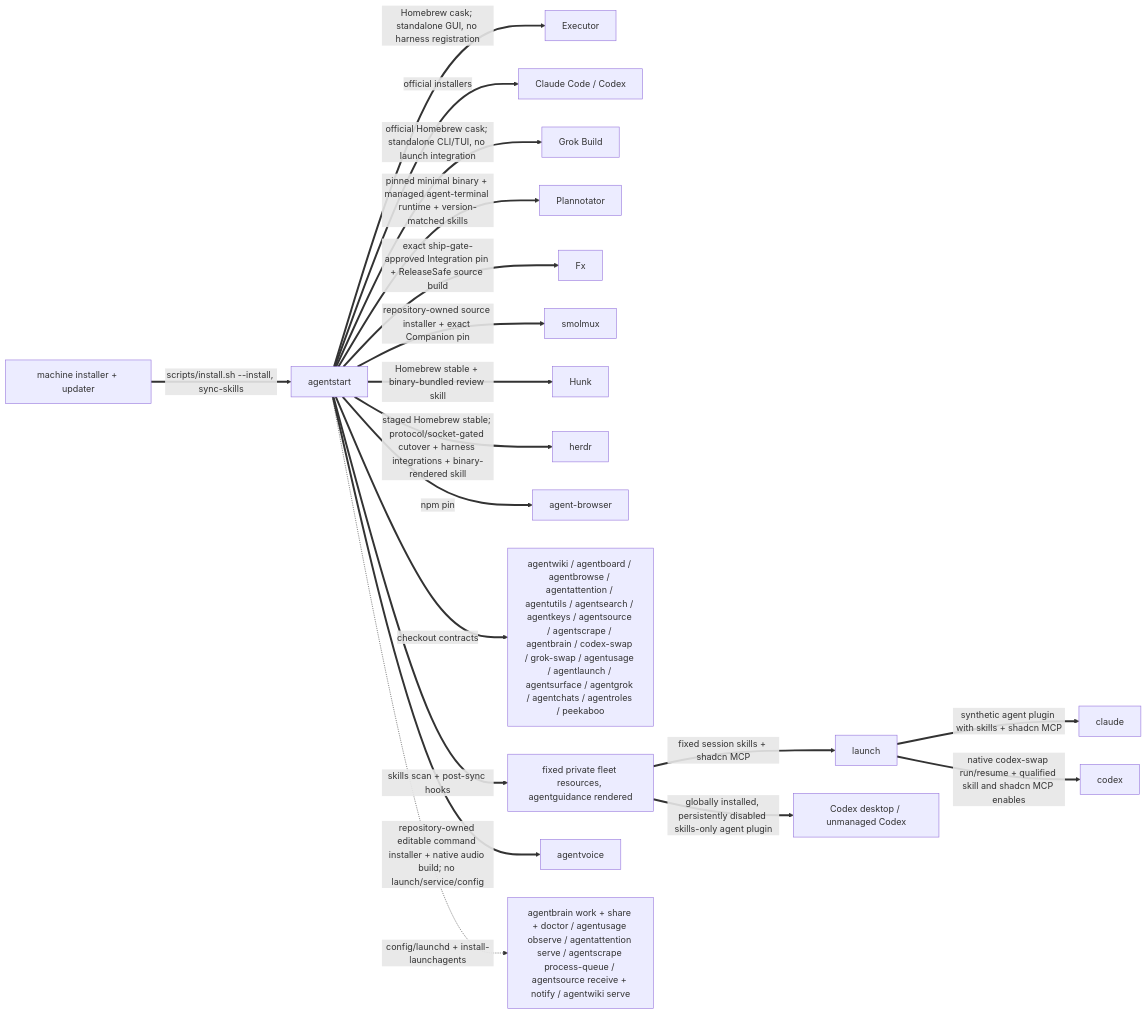
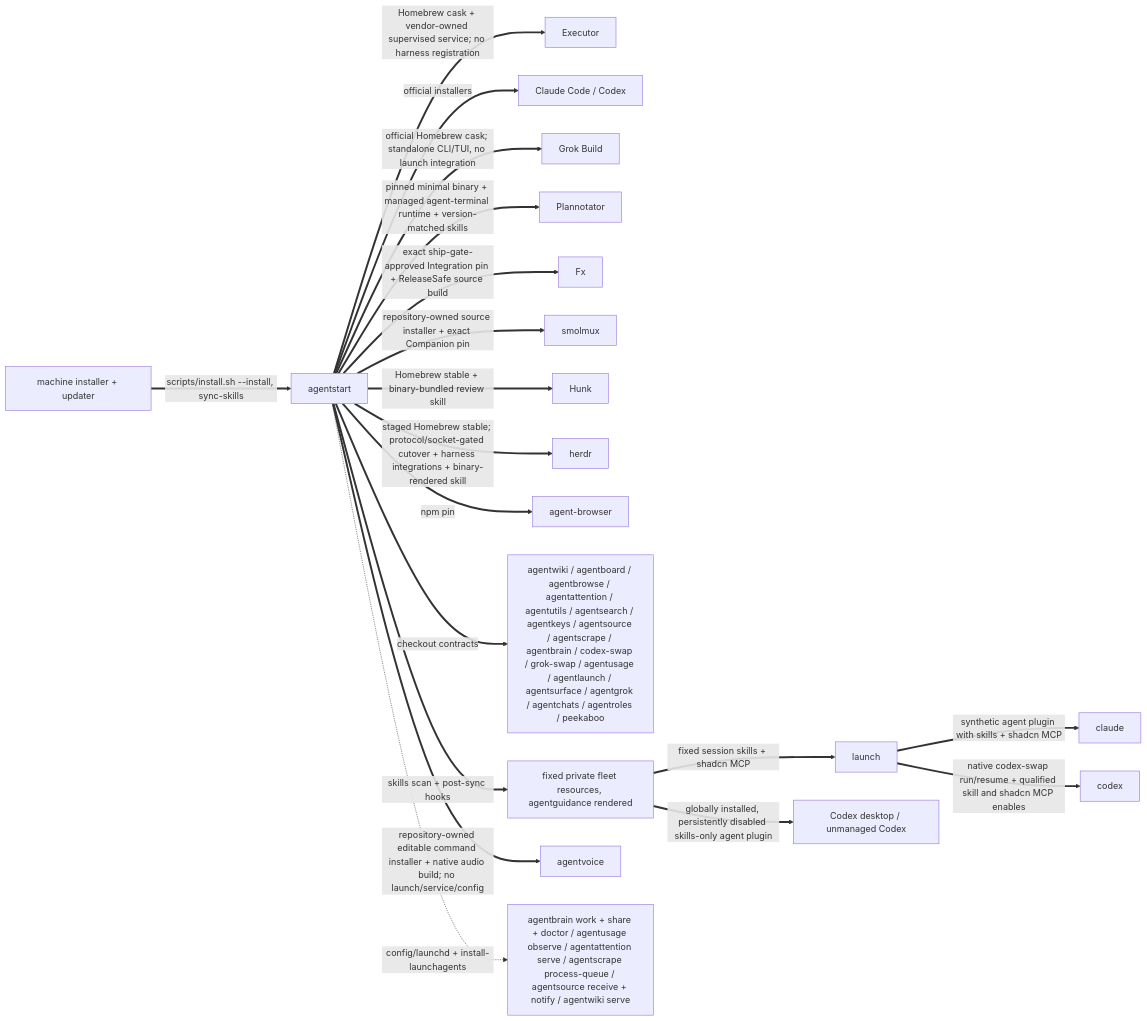
The second of 3 diagrams in skills/fleet/MAP.md (possibilities/agentstart), drawn with Mermaid before and after one commit. The commit also changed other lines of this file and 5 other files, not shown here.

Commit message:
Run Executor as supervised service

````diff
--- a/skills/fleet/MAP.md
+++ b/skills/fleet/MAP.md
@@ -106,24 +106,24 @@
 ```mermaid
 flowchart LR
     machine[machine installer + updater]
     start[agentstart]
 
     machine ==>|scripts/install.sh --install, sync-skills| start
-    start ==>|Homebrew cask; standalone GUI, no harness registration| executor[Executor]
+    start ==>|Homebrew cask + vendor-owned supervised service; no harness registration| executor[Executor]
     start ==>|official installers| harnesses[Claude Code / Codex]
     start ==>|official Homebrew cask; standalone CLI/TUI, no launch integration| grok[Grok Build]
     start ==>|pinned minimal binary + managed agent-terminal runtime + version-matched skills| plannotator[Plannotator]
     start ==>|exact ship-gate-approved Integration pin + ReleaseSafe source build| fx[Fx]
     start ==>|repository-owned source installer + exact Companion pin| smolmuxInstall[smolmux]
     start ==>|Homebrew stable + binary-bundled review skill| hunk[Hunk]
     start ==>|staged Homebrew stable; protocol/socket-gated cutover + harness integrations + binary-rendered skill| herdrInstall[herdr]
     start ==>|npm pin| browser[agent-browser]
     start ==>|checkout contracts| fleet[agentwiki / agentboard / agentbrowse / agentattention / agentutils / agentsearch / agentkeys / agentsource / agentscrape / agentbrain / codex-swap / grok-swap / agentusage / agentlaunch / agentsurface / agentgrok / agentchats / agentroles / peekaboo]
     start ==>|skills scan + post-sync hooks| skills[fixed private fleet resources, agentguidance rendered]
     start ==>|repository-owned editable command installer + native audio build; no launch/service/config| voiceInstall[agentvoice]
     skills ==>|fixed session skills + shadcn MCP| launch
     launch ==>|synthetic agent plugin with skills + shadcn MCP| claude
     launch ==>|native codex-swap run/resume + qualified skill and shadcn MCP enables| codex
     skills ==>|globally installed, persistently disabled skills-only agent plugin| codexDesktop[Codex desktop / unmanaged Codex]
     start -.->|config/launchd + install-launchagents| services[agentbrain work + share + doctor / agentusage observe / agentattention serve / agentscrape process-queue / agentsource receive + notify / agentwiki serve]
 ```
````
